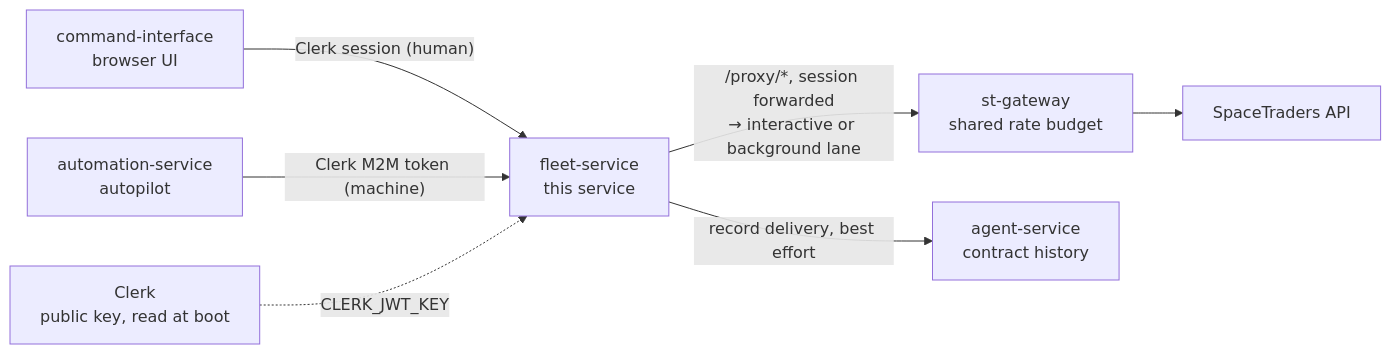
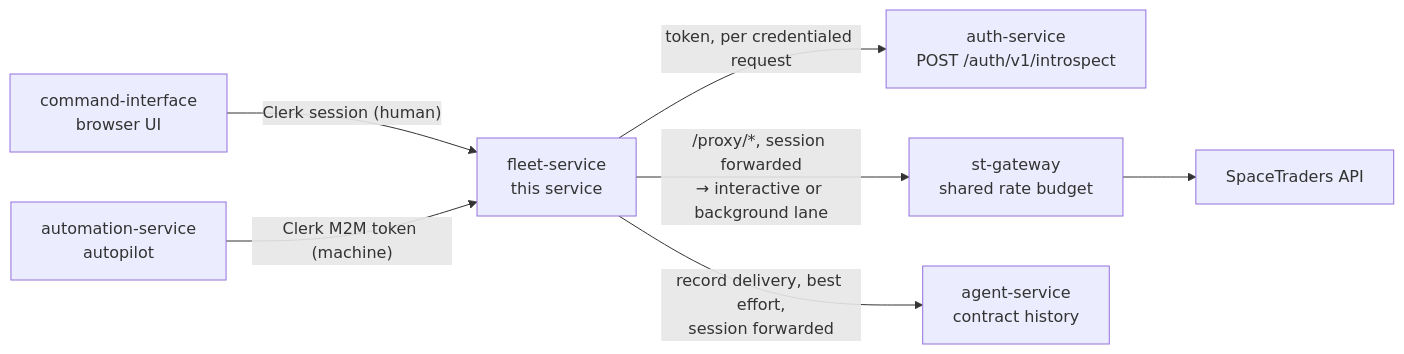
The first of 3 diagrams in README.md (V-M-Pioneer-Trading/fleet-service), drawn with Mermaid before and after one commit. The commit also changed other lines of this file and 16 other files, not shown here.

First line of the commit message:
Ask auth-service, not a local key, whether a token is good (meta#80 step 5) (#21)

````diff
--- a/README.md
+++ b/README.md
@@ -28,17 +28,17 @@
 ```mermaid
 flowchart LR
   browser["command-interface<br/>browser UI"]
   autopilot["automation-service<br/>autopilot"]
-  clerk["Clerk<br/>public key, read at boot"]
+  center["auth-service<br/>POST /auth/v1/introspect"]
   fleet["fleet-service<br/>this service"]
   gateway["st-gateway<br/>shared rate budget"]
   st["SpaceTraders API"]
   agent["agent-service<br/>contract history"]
 
   browser -->|"Clerk session (human)"| fleet
   autopilot -->|"Clerk M2M token (machine)"| fleet
-  clerk -.->|"CLERK_JWT_KEY"| fleet
+  fleet -->|"token, per credentialed request"| center
   fleet -->|"/proxy/*, session forwarded<br/>→ interactive or background lane"| gateway
   gateway --> st
-  fleet -->|"record delivery, best effort"| agent
+  fleet -->|"record delivery, best effort,<br/>session forwarded"| agent
 ```
````
